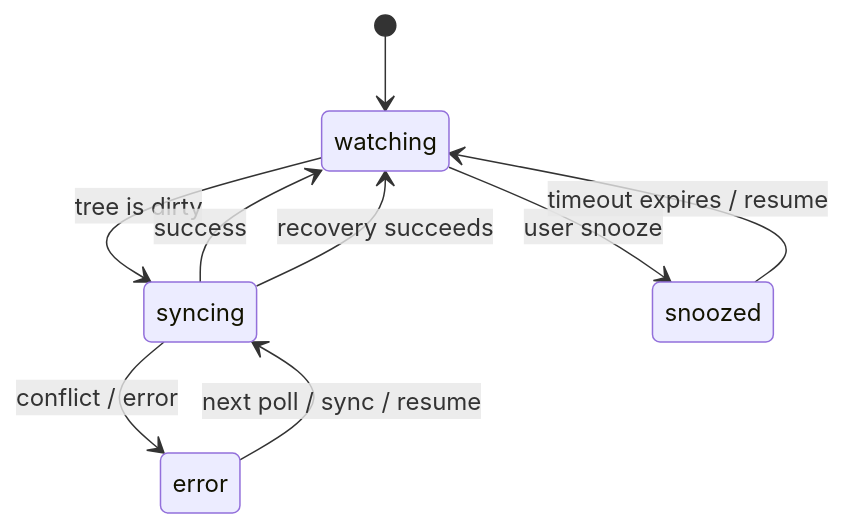
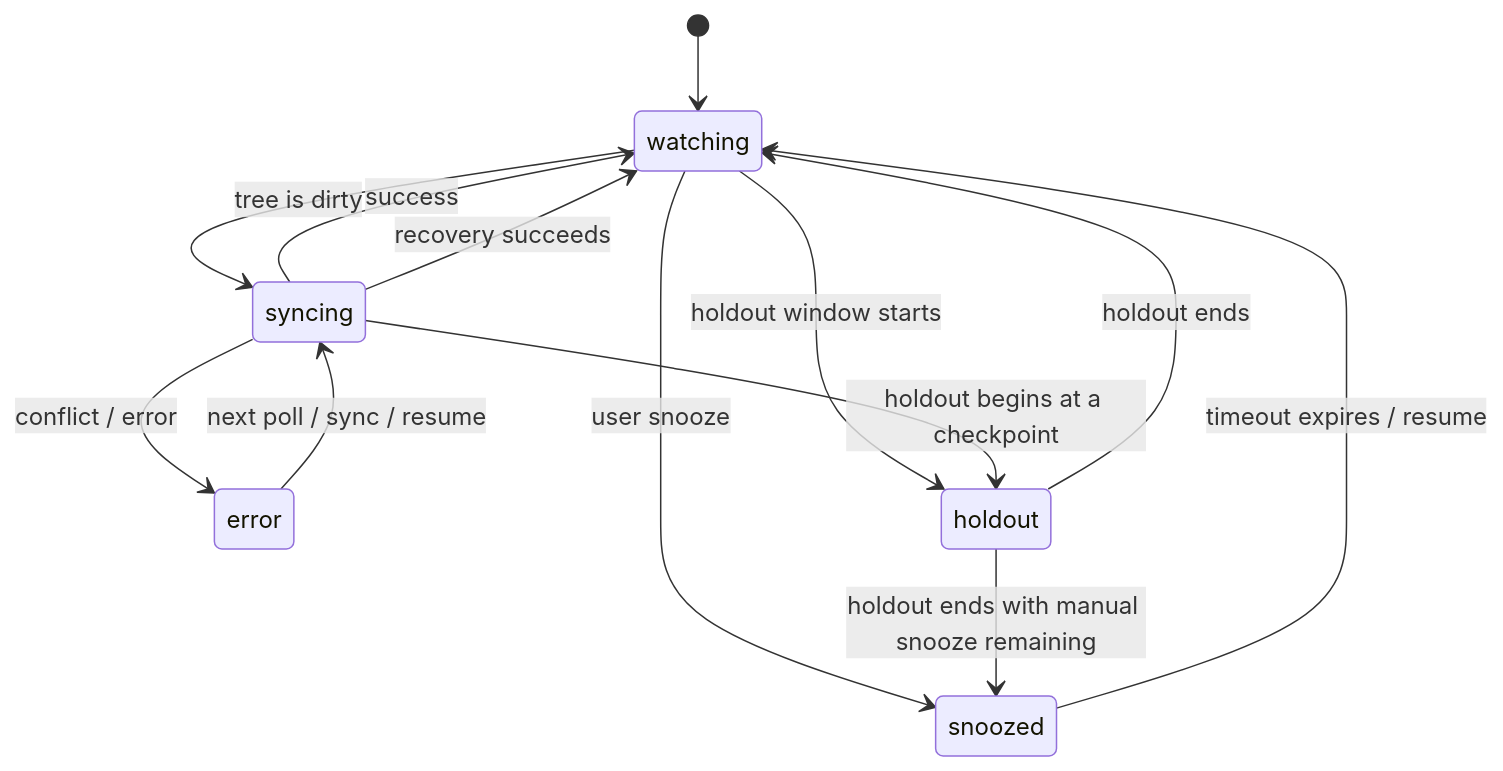
Before and after one commit to michaelquigley/sexton: the second of 2 diagrams in README.md, drawn with Mermaid. The commit also changed other lines of this file and 20 other files, not shown here.

````diff
--- a/README.md
+++ b/README.md
@@ -180,14 +198,18 @@
 ```mermaid
 stateDiagram-v2
     [*] --> watching
 
     watching --> syncing : tree is dirty
     syncing --> watching : success
 
     syncing --> error : conflict / error
     error --> syncing : next poll / sync / resume
     syncing --> watching : recovery succeeds
 
     watching --> snoozed : user snooze
     snoozed --> watching : timeout expires / resume
+    watching --> holdout : holdout window starts
+    holdout --> snoozed : holdout ends with manual snooze remaining
+    holdout --> watching : holdout ends
+    syncing --> holdout : holdout begins at a checkpoint
 ```
````
